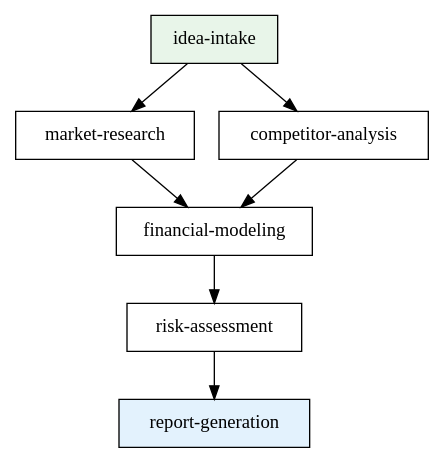
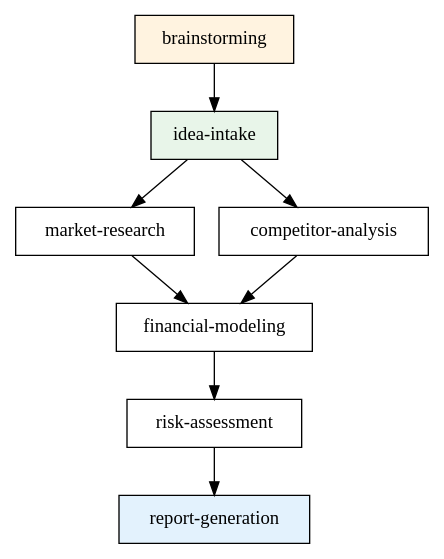
Before and after one commit to elvismusli/business-validator: the diagram in skills/using-business-validator/SKILL.md, drawn with Graphviz. The commit also changed other lines of this file and 6 other files, not shown here.

````diff
--- a/skills/using-business-validator/SKILL.md
+++ b/skills/using-business-validator/SKILL.md
@@ -46,17 +47,19 @@
 ```dot
 digraph pipeline {
+    "brainstorming" [shape=box, style=filled, fillcolor="#fff3e0"];
     "idea-intake" [shape=box, style=filled, fillcolor="#e8f5e9"];
     "market-research" [shape=box];
     "competitor-analysis" [shape=box];
     "financial-modeling" [shape=box];
     "risk-assessment" [shape=box];
     "report-generation" [shape=box, style=filled, fillcolor="#e3f2fd"];
 
+    "brainstorming" -> "idea-intake";
     "idea-intake" -> "market-research";
     "idea-intake" -> "competitor-analysis";
     "market-research" -> "financial-modeling";
     "competitor-analysis" -> "financial-modeling";
     "financial-modeling" -> "risk-assessment";
     "risk-assessment" -> "report-generation";
 }
 ```
````
